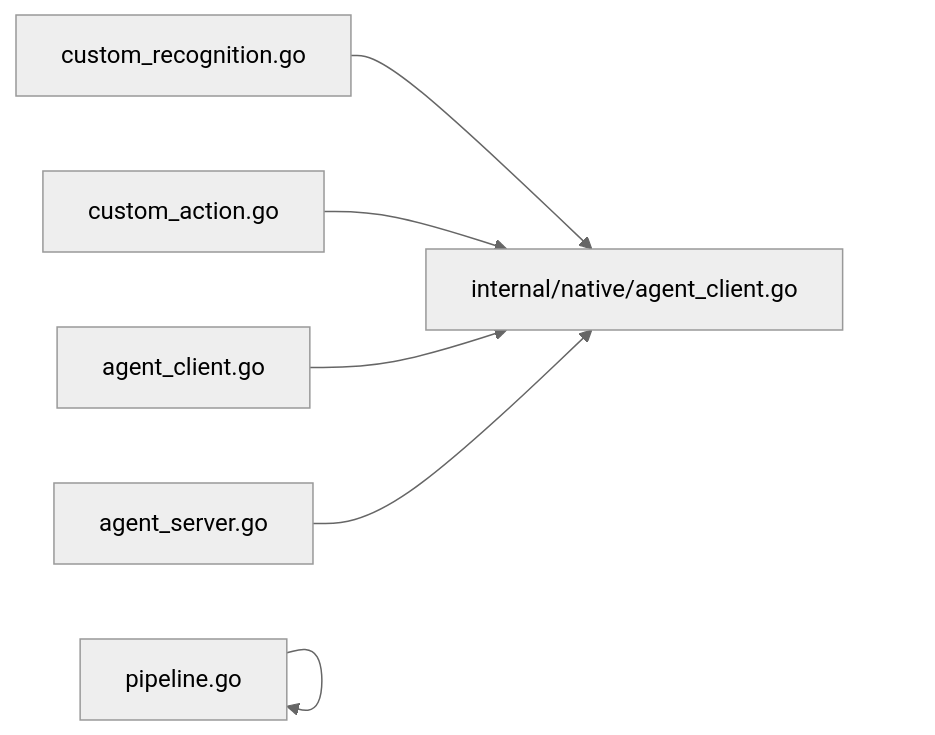
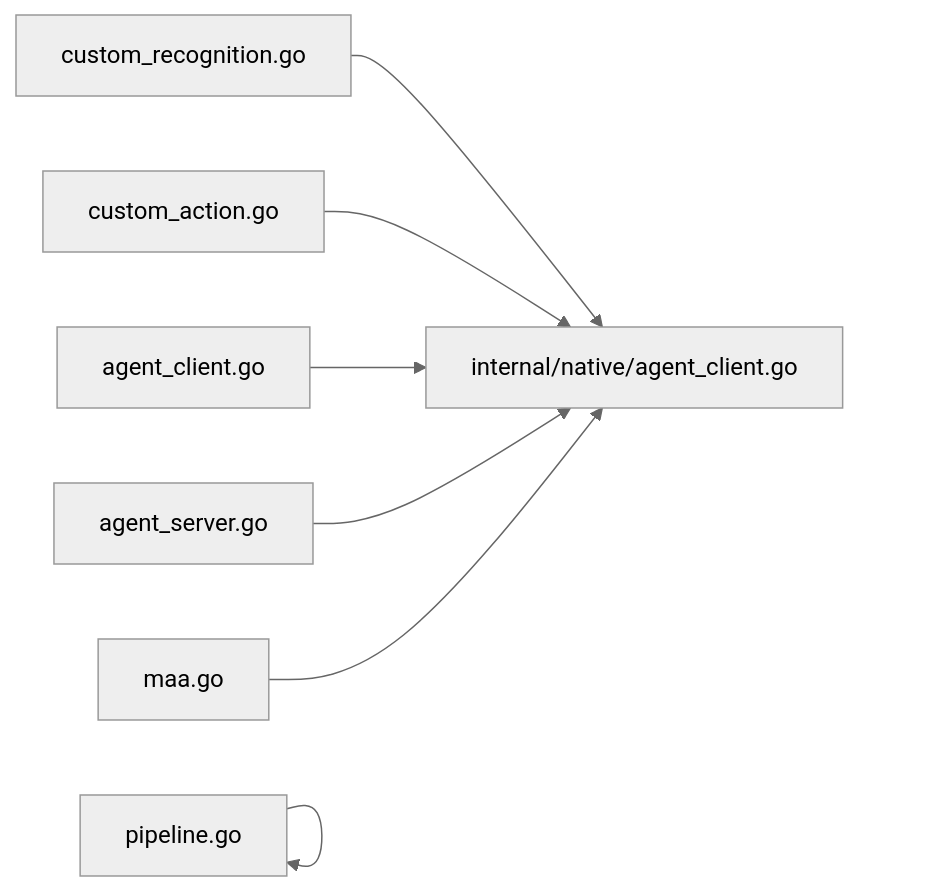
The eighth of 8 diagrams in instructions/maafw-golang-binding/高级功能/高级功能.md (kqcoxn/MaaPipelineEditor), drawn with Mermaid (neutral theme) before and after one commit. The commit also changed other lines of this file and 7 other files, not shown here.

````diff
--- a/instructions/maafw-golang-binding/高级功能/高级功能.md
+++ b/instructions/maafw-golang-binding/高级功能/高级功能.md
@@ -417,8 +525,9 @@
 ```mermaid
 graph LR
 CR["custom_recognition.go"] --> NATIVE["internal/native/agent_client.go"]
 CA["custom_action.go"] --> NATIVE
 AC["agent_client.go"] --> NATIVE
 AS["agent_server.go"] --> NATIVE
 PIPE["pipeline.go"] --> PIPE
+MAA["maa.go"] --> NATIVE
 ```
````
